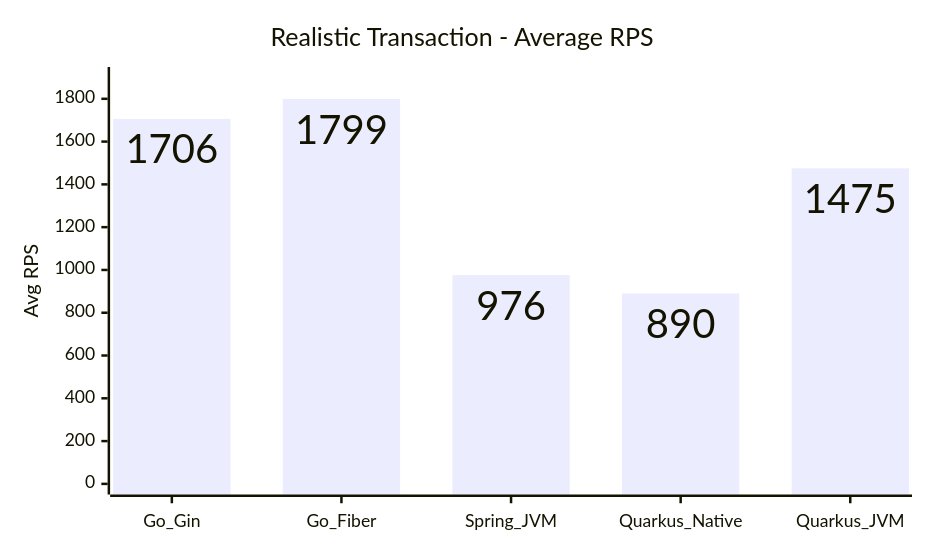
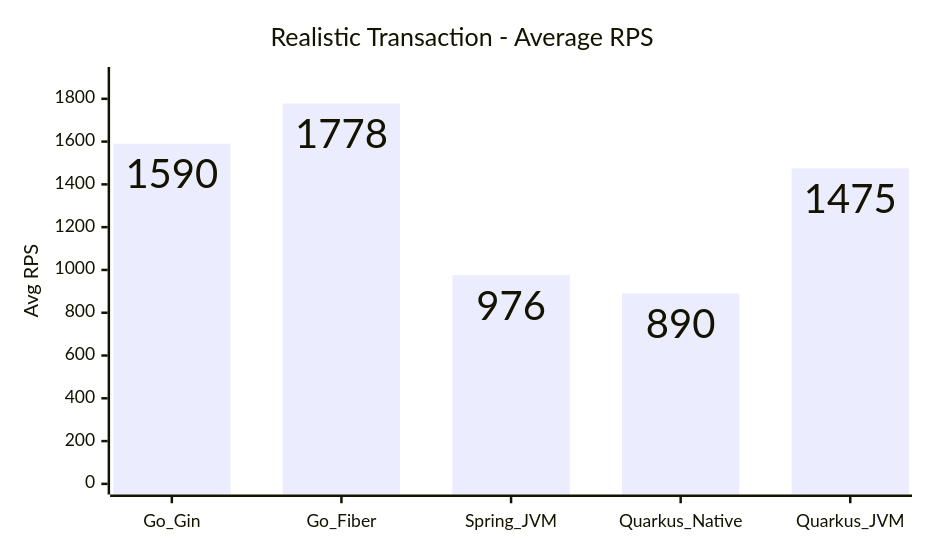
The first of 15 diagrams in COMPARISON_REPORT.md (hiiamtin/go-vs-java), drawn with Mermaid before and after one commit. The commit also changed other lines of this file and 58 other files, not shown here.

````diff
--- a/COMPARISON_REPORT.md
+++ b/COMPARISON_REPORT.md
@@ -46,14 +46,14 @@
 ```mermaid
 ---
 config:
   xyChart:
     width: 720
     height: 420
     showDataLabel: true
 ---
 xychart
     title "Realistic Transaction - Average RPS"
     x-axis [Go_Gin, Go_Fiber, Spring_JVM, Quarkus_Native, Quarkus_JVM]
     y-axis "Avg RPS" 0 --> 1899
-    bar [1706, 1799, 976, 890, 1475]
+    bar [1590, 1778, 976, 890, 1475]
 ```
````
